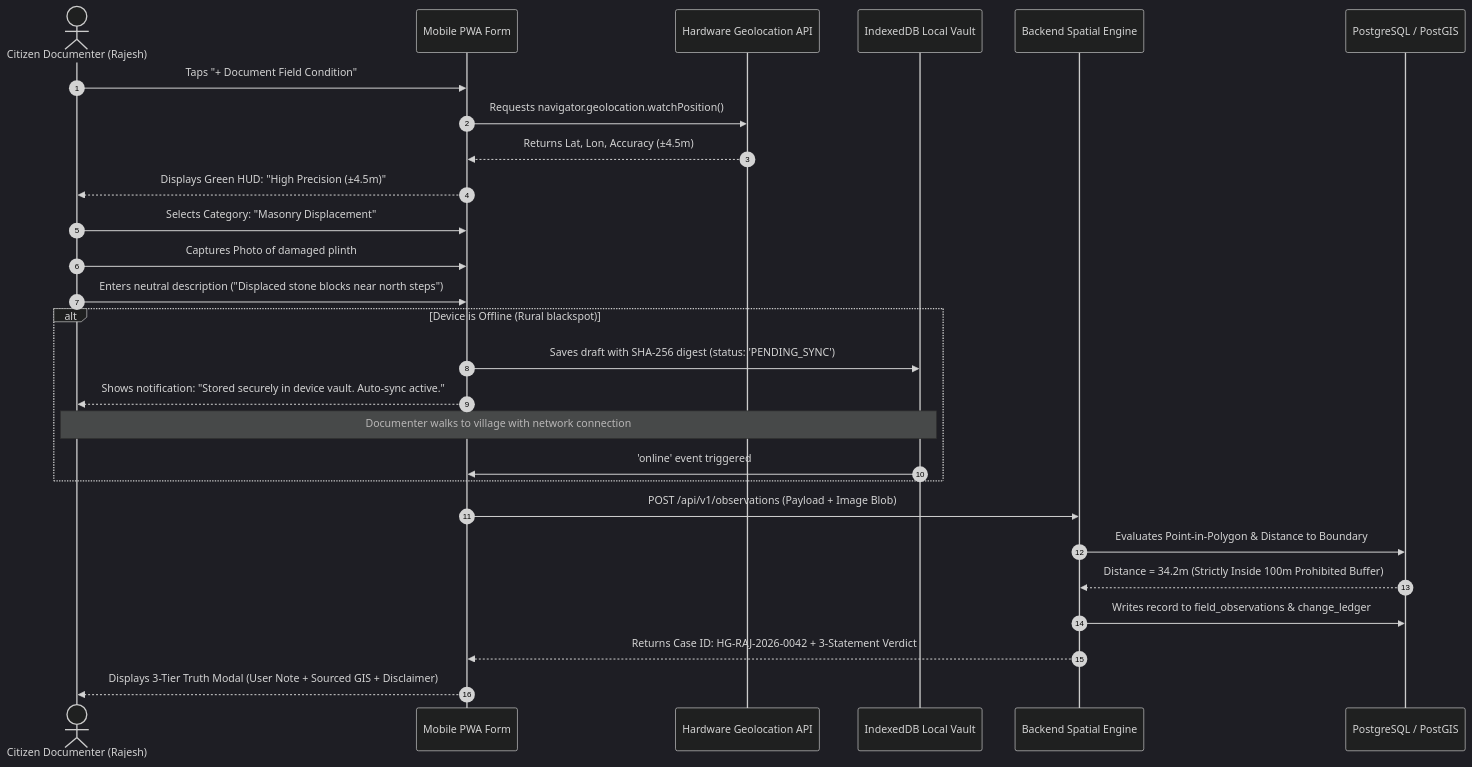
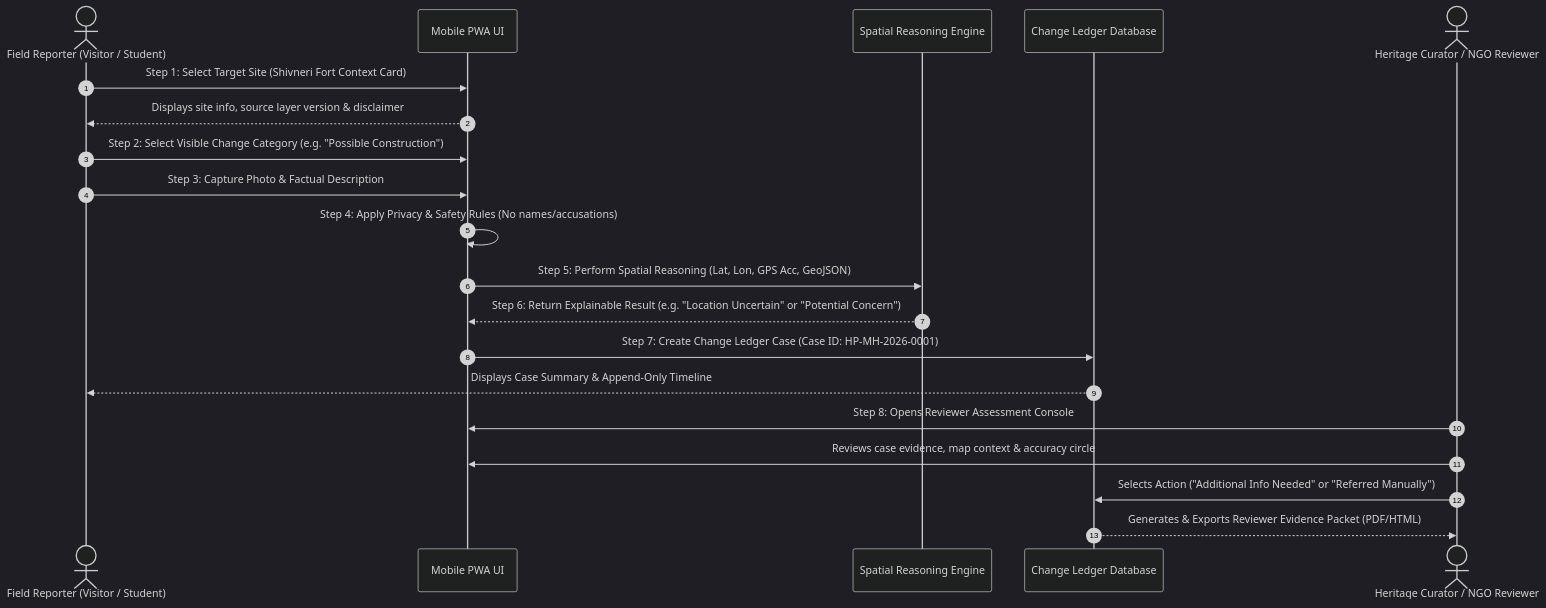
One commit to lord-voldesnort/Heritage_Plus changed the second of 3 diagrams in APP_FLOW.md. Above: the diagram before and after it, drawn with Mermaid (dark theme). The commit also changed other lines of this file and 9 other files, not shown here.

Commit message:
Pivot architecture to Heritage Pulse: Provenance-Aware Uncertainty-Driven Change Ledger

````diff
--- a/APP_FLOW.md
+++ b/APP_FLOW.md
@@ -78,32 +46,24 @@
 ```mermaid
 sequenceDiagram
     autonumber
-    actor Documenter as Citizen Documenter (Rajesh)
-    participant PWA as Mobile PWA Form
-    participant GPS as Hardware Geolocation API
-    participant Store as IndexedDB Local Vault
-    participant Cloud as Backend Spatial Engine
-    participant PostGIS as PostgreSQL / PostGIS
+    actor Observer as Field Reporter (Visitor / Student)
+    participant App as Mobile PWA UI
+    participant GIS as Spatial Reasoning Engine
+    participant Ledger as Change Ledger Database
+    actor Reviewer as Heritage Curator / NGO Reviewer
 
-    Documenter->>PWA: Taps "+ Document Field Condition"
-    PWA->>GPS: Requests navigator.geolocation.watchPosition()
-    GPS-->>PWA: Returns Lat, Lon, Accuracy (±4.5m)
-    PWA-->>Documenter: Displays Green HUD: "High Precision (±4.5m)"
-    Documenter->>PWA: Selects Category: "Masonry Displacement"
-    Documenter->>PWA: Captures Photo of damaged plinth
-    Documenter->>PWA: Enters neutral description ("Displaced stone blocks near north steps")
+    Observer->>App: Step 1: Select Target Site (Shivneri Fort Context Card)
+    App-->>Observer: Displays site info, source layer version & disclaimer
+    Observer->>App: Step 2: Select Visible Change Category (e.g. "Possible Construction")
+    Observer->>App: Step 3: Capture Photo & Factual Description
+    App->>App: Step 4: Apply Privacy & Safety Rules (No names/accusations)
+    App->>GIS: Step 5: Perform Spatial Reasoning (Lat, Lon, GPS Acc, GeoJSON)
+    GIS-->>App: Step 6: Return Explainable Result (e.g. "Location Uncertain" or "Potential Concern")
+    App->>Ledger: Step 7: Create Change Ledger Case (Case ID: HP-MH-2026-0001)
+    Ledger-->>Observer: Displays Case Summary & Append-Only Timeline
     
-    alt Device is Offline (Rural blackspot)
-        PWA->>Store: Saves draft with SHA-256 digest (status: 'PENDING_SYNC')
-        PWA-->>Documenter: Shows notification: "Stored securely in device vault. Auto-sync active."
-        Note over Documenter,Store: Documenter walks to village with network connection
-        Store->>PWA: 'online' event triggered
-    end
-
-    PWA->>Cloud: POST /api/v1/observations (Payload + Image Blob)
-    Cloud->>PostGIS: Evaluates Point-in-Polygon & Distance to Boundary
-    PostGIS-->>Cloud: Distance = 34.2m (Strictly Inside 100m Prohibited Buffer)
-    Cloud->>PostGIS: Writes record to field_observations & change_ledger
-    Cloud-->>PWA: Returns Case ID: HG-RAJ-2026-0042 + 3-Statement Verdict
-    PWA-->>Documenter: Displays 3-Tier Truth Modal (User Note + Sourced GIS + Disclaimer)
+    Reviewer->>App: Step 8: Opens Reviewer Assessment Console
+    Reviewer->>App: Reviews case evidence, map context & accuracy circle
+    Reviewer->>Ledger: Selects Action ("Additional Info Needed" or "Referred Manually")
+    Ledger-->>Reviewer: Generates & Exports Reviewer Evidence Packet (PDF/HTML)
 ```
````
